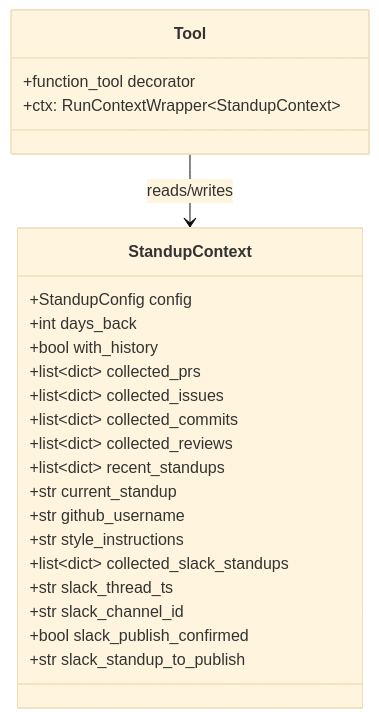
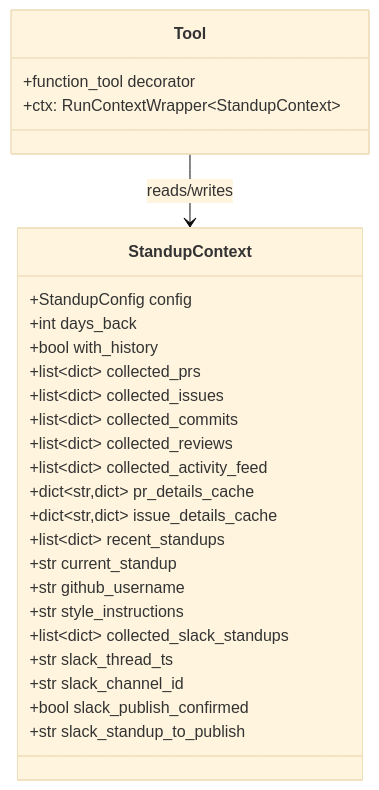
The sixth of 8 diagrams in ARCHITECTURE.md (andrewm4894/github-standup-agent), drawn with Mermaid (base theme) before and after one commit. The commit also changed other lines of this file and 1 other file, not shown here.

First line of the commit message:
docs: update architecture and tool documentation

````diff
--- a/ARCHITECTURE.md
+++ b/ARCHITECTURE.md
@@ -218,28 +220,31 @@
 ```mermaid
 classDiagram
     class StandupContext {
         +StandupConfig config
         +int days_back
         +bool with_history
         +list~dict~ collected_prs
         +list~dict~ collected_issues
         +list~dict~ collected_commits
         +list~dict~ collected_reviews
+        +list~dict~ collected_activity_feed
+        +dict~str,dict~ pr_details_cache
+        +dict~str,dict~ issue_details_cache
         +list~dict~ recent_standups
         +str current_standup
         +str github_username
         +str style_instructions
         +list~dict~ collected_slack_standups
         +str slack_thread_ts
         +str slack_channel_id
         +bool slack_publish_confirmed
         +str slack_standup_to_publish
     }
 
     class Tool {
         +function_tool decorator
         +ctx: RunContextWrapper~StandupContext~
     }
 
     Tool --> StandupContext : reads/writes
 ```
````
